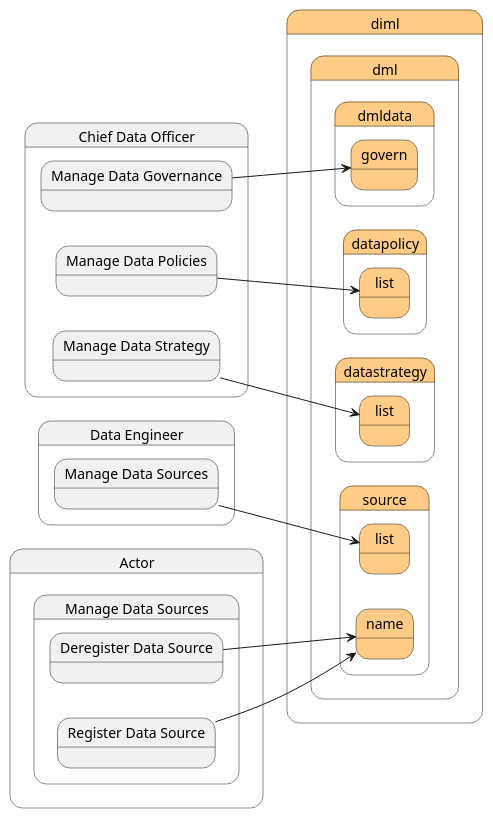
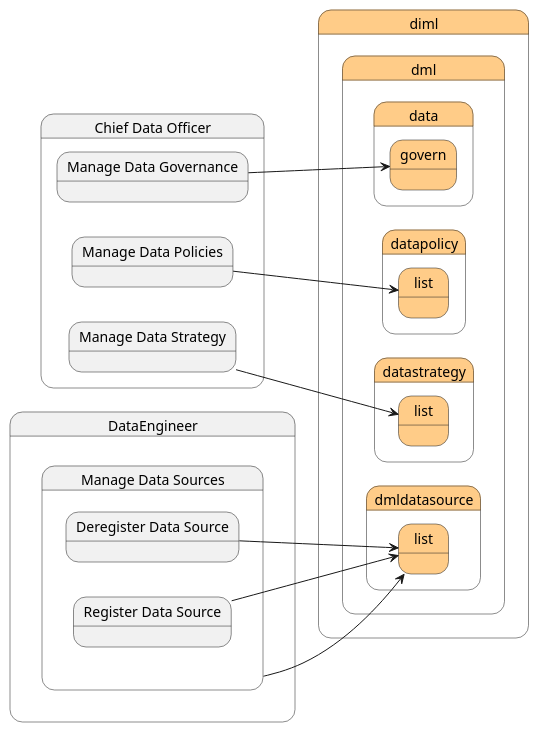
One commit to madajaju/edgemere changed the diagram in docs/edgemere/diml/dml/scenariomapping.puml. Above: the diagram before and after it, drawn with PlantUML. The commit also changed 113 other files, not shown here.

```diff
--- a/docs/edgemere/diml/dml/scenariomapping.puml
+++ b/docs/edgemere/diml/dml/scenariomapping.puml
@@ -1,111 +1,107 @@
 @startuml
 left to right direction
 
 
 
 state "Chief Data Officer" as ChiefDataOfficer {
     state "Manage Data Governance" as ChiefDataOfficerManageDataGovernance {
     }
 }
 state "diml" as diml #ffcc88 {
 state "dml" as dimldml #ffcc88 {
 state "data" as dimldmldata #ffcc88 {
 state "govern" as dimldmldatagovern #ffcc88 {
 }
 }
 }
 }
 
 ChiefDataOfficerManageDataGovernance --> dimldmldatagovern
 
 
  
 state "Chief Data Officer" as ChiefDataOfficer {
     state "Manage Data Policies" as ChiefDataOfficerManageDataPolicies {
     }
 }
 state "diml" as diml #ffcc88 {
 state "dml" as dimldml #ffcc88 {
 state "datapolicy" as dimldmldatapolicy #ffcc88 {
 state "list" as dimldmldatapolicylist #ffcc88 {
 }
 }
 }
 }
 
 ChiefDataOfficerManageDataPolicies --> dimldmldatapolicylist
 
 
  
 state "Data Engineer" as DataEngineer {
     state "Manage Data Sources" as DataEngineerManageDataSources {
     }
 }
 state "diml" as diml #ffcc88 {
 state "dml" as dimldml #ffcc88 {
 state "datasource" as dimldmldatasource #ffcc88 {
 state "list" as dimldmldatasourcelist #ffcc88 {
 }
 }
 }
 }
 
 DataEngineerManageDataSources --> dimldmldatasourcelist
 
 
-    state "Actor" as Actor {
-        state "Manage Data Sources" as ActorManageDataSources {
-            state "Deregister Data Source" as ActorManageDataSourcesDeregisterDataSource {
+    state "Data Engineer" as DataEngineer {
+        state "Manage Data Sources" as DataEngineerManageDataSources {
+            state "Deregister Data Source" as DataEngineerManageDataSourcesDeregisterDataSource {
             }
         }
     }
     state "diml" as diml #ffcc88 {
-state "dmldata" as dimldmldata #ffcc88 {
-state "source" as dimldmldatasource #ffcc88 {
-state "name" as dimldmldatasourcename #ffcc88 {
-}
+state "dmldatasource" as dimldmldatasource #ffcc88 {
+state "list" as dimldmldatasourcelist #ffcc88 {
 }
 }
 }
 
-    ActorManageDataSourcesDeregisterDataSource --> dimldmldatasourcename
+    DataEngineerManageDataSourcesDeregisterDataSource --> dimldmldatasourcelist
     
  
-    state "Actor" as Actor {
-        state "Manage Data Sources" as ActorManageDataSources {
-            state "Register Data Source" as ActorManageDataSourcesRegisterDataSource {
+    state "DataEngineer" as DataEngineer {
+        state "Manage Data Sources" as DataEngineerManageDataSources {
+            state "Register Data Source" as DataEngineerManageDataSourcesRegisterDataSource {
             }
         }
     }
     state "diml" as diml #ffcc88 {
-state "dmldata" as dimldmldata #ffcc88 {
-state "source" as dimldmldatasource #ffcc88 {
-state "name" as dimldmldatasourcename #ffcc88 {
-}
+state "dmldatasource" as dimldmldatasource #ffcc88 {
+state "list" as dimldmldatasourcelist #ffcc88 {
 }
 }
 }
 
-    ActorManageDataSourcesRegisterDataSource --> dimldmldatasourcename
+    DataEngineerManageDataSourcesRegisterDataSource --> dimldmldatasourcelist
     
  
  
 state "Chief Data Officer" as ChiefDataOfficer {
     state "Manage Data Strategy" as ChiefDataOfficerManageDataStrategy {
     }
 }
 state "diml" as diml #ffcc88 {
 state "dml" as dimldml #ffcc88 {
 state "datastrategy" as dimldmldatastrategy #ffcc88 {
 state "list" as dimldmldatastrategylist #ffcc88 {
 }
 }
 }
 }
 
 ChiefDataOfficerManageDataStrategy --> dimldmldatastrategylist
 
 
  
 
 @enduml
```
